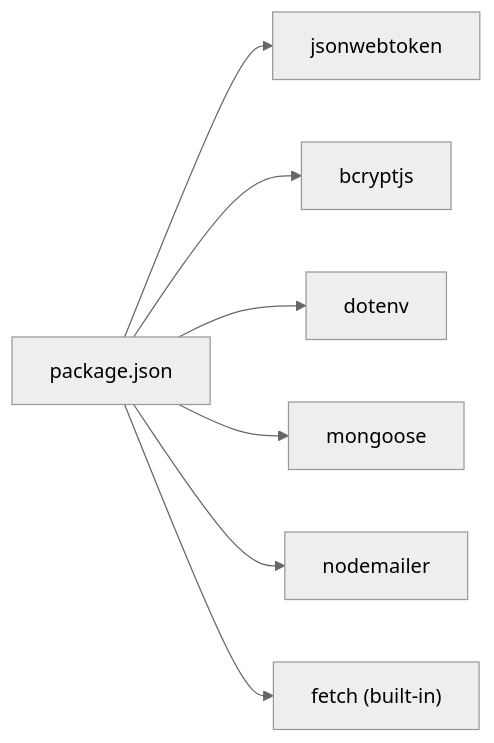
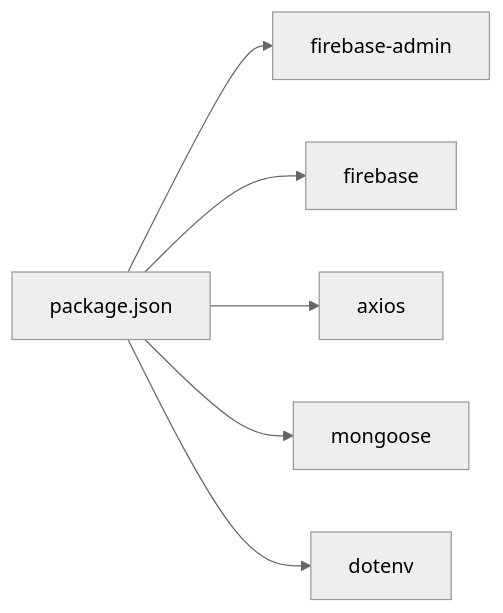
One commit to Pavan-PSPK9032/TrendsandToss changed the third of 3 diagrams in .qoder/repowiki/en/content/Backend API Documentation/Authentication API.md. Above: the diagram before and after it, drawn with Mermaid (neutral theme). The commit also changed other lines of this file and 9 other files, not shown here.

````diff
--- a/.qoder/repowiki/en/content/Backend API Documentation/Authentication API.md
+++ b/.qoder/repowiki/en/content/Backend API Documentation/Authentication API.md
@@ -485,16 +308,14 @@
 ```mermaid
 graph LR
 P["package.json"]
-J["jsonwebtoken"]
-B["bcryptjs"]
+FA["firebase-admin"]
+FB["firebase"]
+AX["axios"]
+M["mongoose"]
 D["dotenv"]
-M["mongoose"]
-N["nodemailer"]
-F["fetch (built-in)"]
-P --> J
-P --> B
+P --> FA
+P --> FB
+P --> AX
+P --> M
 P --> D
-P --> M
-P --> N
-P --> F
 ```
````
